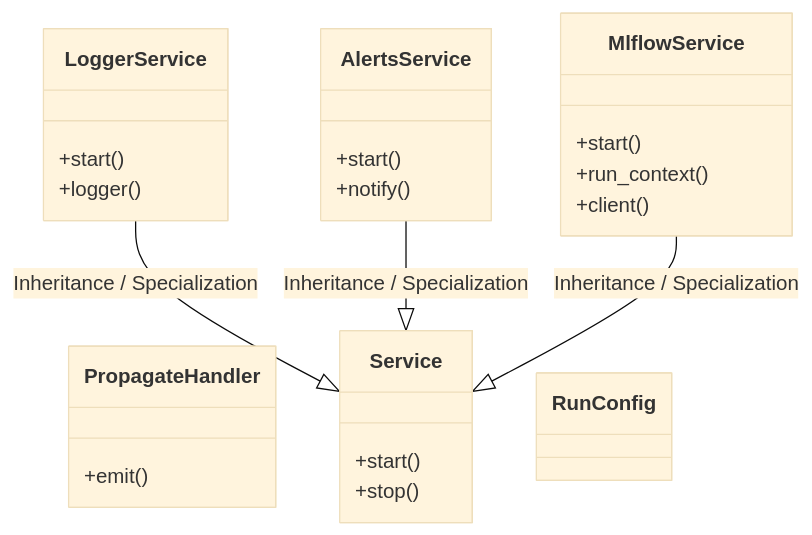
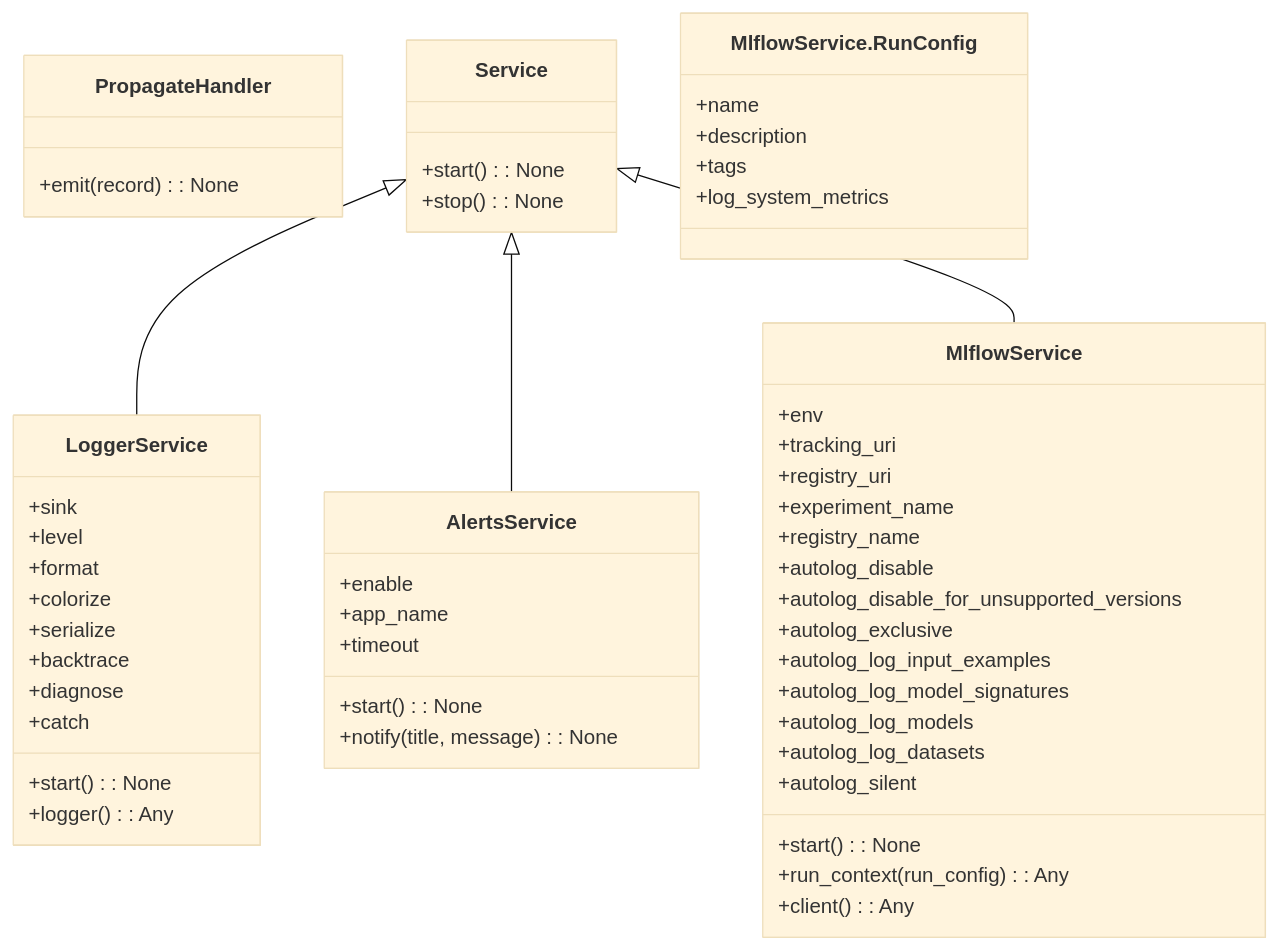
One commit to lgcorzo/mlops-python-package changed the first of 4 diagrams in openwiki/src/regression_model_template/io/services.md. Above: the diagram before and after it, drawn with Mermaid (base theme). The commit also changed other lines of this file and 91 other files, not shown here.

````diff
--- a/openwiki/src/regression_model_template/io/services.md
+++ b/openwiki/src/regression_model_template/io/services.md
@@ -20,29 +21,56 @@
 ```mermaid
 classDiagram
-    direction BT
     class PropagateHandler {
-        +emit()
+        +emit(record) : None
     }
     class Service {
-        +start()
-        +stop()
+        +start() : None
+        +stop() : None
     }
     class LoggerService {
-        +start()
-        +logger()
+        +sink
+        +level
+        +format
+        +colorize
+        +serialize
+        +backtrace
+        +diagnose
+        +catch
+        +start() : None
+        +logger() : Any
     }
-    Service <|-- LoggerService : Inheritance / Specialization
+    Service <|-- LoggerService
     class AlertsService {
-        +start()
-        +notify()
+        +enable
+        +app_name
+        +timeout
+        +start() : None
+        +notify(title, message) : None
     }
-    Service <|-- AlertsService : Inheritance / Specialization
+    Service <|-- AlertsService
     class MlflowService {
-        +start()
-        +run_context()
-        +client()
+        +env
+        +tracking_uri
+        +registry_uri
+        +experiment_name
+        +registry_name
+        +autolog_disable
+        +autolog_disable_for_unsupported_versions
+        +autolog_exclusive
+        +autolog_log_input_examples
+        +autolog_log_model_signatures
+        +autolog_log_models
+        +autolog_log_datasets
+        +autolog_silent
+        +start() : None
+        +run_context(run_config) : Any
+        +client() : Any
     }
-    Service <|-- MlflowService : Inheritance / Specialization
-    class RunConfig {
+    Service <|-- MlflowService
+    class MlflowService.RunConfig {
+        +name
+        +description
+        +tags
+        +log_system_metrics
     }
 ```
````
